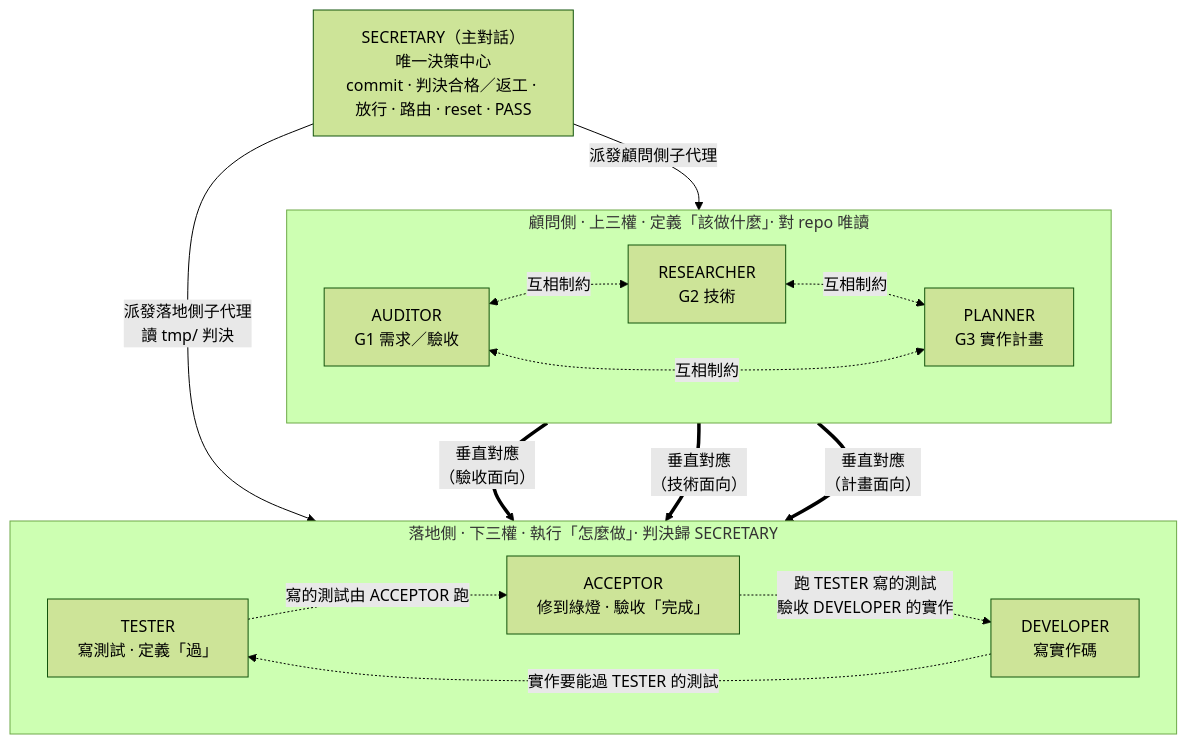
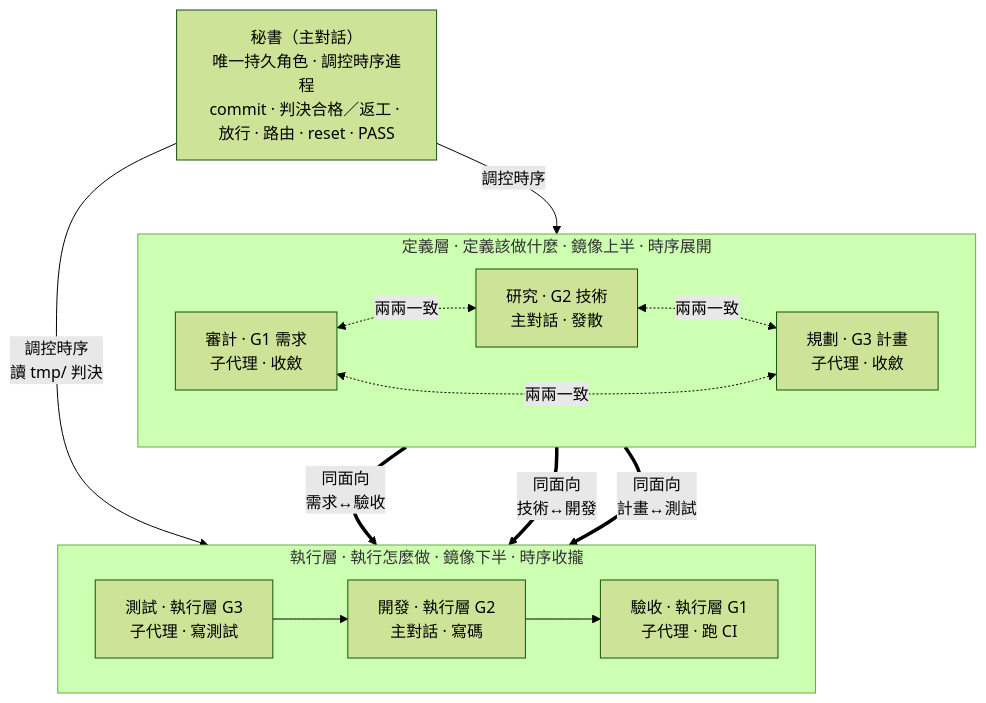
One commit to teps3105/shiftblame changed the fourth of 8 diagrams in skills/shiftblame/SKILL.md. Above: the diagram before and after it, drawn with Mermaid (forest theme). The commit also changed other lines of this file and 29 other files, not shown here.

````diff
--- a/skills/shiftblame/SKILL.md
+++ b/skills/shiftblame/SKILL.md
@@ -228,24 +228,20 @@
 ```mermaid
 flowchart TB
-    SEC["SECRETARY（主對話）<br/>唯一決策中心<br/>commit · 判決合格／返工 · 放行 · 路由 · reset · PASS"]
-    subgraph Top["顧問側 · 上三權 · 定義「該做什麼」· 對 repo 唯讀"]
+    SEC["秘書（主對話）<br/>唯一持久角色 · 調控時序進程<br/>commit · 判決合格／返工 · 放行 · 路由 · reset · PASS"]
+    subgraph Consult["定義層 · 定義該做什麼 · 鏡像上半 · 時序展開"]
         direction LR
-        AUD["AUDITOR<br/>G1 需求／驗收"] <-.互相制約.-> RES["RESEARCHER<br/>G2 技術"]
-        RES <-.互相制約.-> PLA["PLANNER<br/>G3 實作計畫"]
-        PLA <-.互相制約.-> AUD
+        G1["審計 · G1 需求<br/>子代理 · 收斂"] <-.兩兩一致.-> G2["研究 · G2 技術<br/>主對話 · 發散"]
+        G2 <-.兩兩一致.-> G3["規劃 · G3 計畫<br/>子代理 · 收斂"]
+        G3 <-.兩兩一致.-> G1
     end
-    subgraph Bottom["落地側 · 下三權 · 執行「怎麼做」· 判決歸 SECRETARY"]
+    subgraph Build["執行層 · 執行怎麼做 · 鏡像下半 · 時序收攏"]
         direction LR
-        TST["TESTER<br/>寫測試 · 定義「過」"]
-        DEV["DEVELOPER<br/>寫實作碼"]
-        ACC["ACCEPTOR<br/>修到綠燈 · 驗收「完成」"]
+        TST["測試 · 執行層 G3<br/>子代理 · 寫測試"] --> DEV["開發 · 執行層 G2<br/>主對話 · 寫碼"]
+        DEV --> ACC["驗收 · 執行層 G1<br/>子代理 · 跑 CI"]
     end
-    SEC -- 派發顧問側子代理 --> Top
-    SEC -- 派發落地側子代理<br/>讀 tmp/ 判決 --> Bottom
-    AUD == "垂直對應<br/>（驗收面向）" ==> ACC
-    RES == "垂直對應<br/>（技術面向）" ==> DEV
-    PLA == "垂直對應<br/>（計畫面向）" ==> TST
-    TST -. "寫的測試由 ACCEPTOR 跑" .-> ACC
-    DEV -. "實作要能過 TESTER 的測試" .-> TST
-    ACC -. "跑 TESTER 寫的測試<br/>驗收 DEVELOPER 的實作" .-> DEV
+    SEC -- 調控時序 --> Consult
+    SEC -- 調控時序<br/>讀 tmp/ 判決 --> Build
+    G1 == "同面向<br/>需求↔驗收" ==> ACC
+    G2 == "同面向<br/>技術↔開發" ==> DEV
+    G3 == "同面向<br/>計畫↔測試" ==> TST
 ```
````
